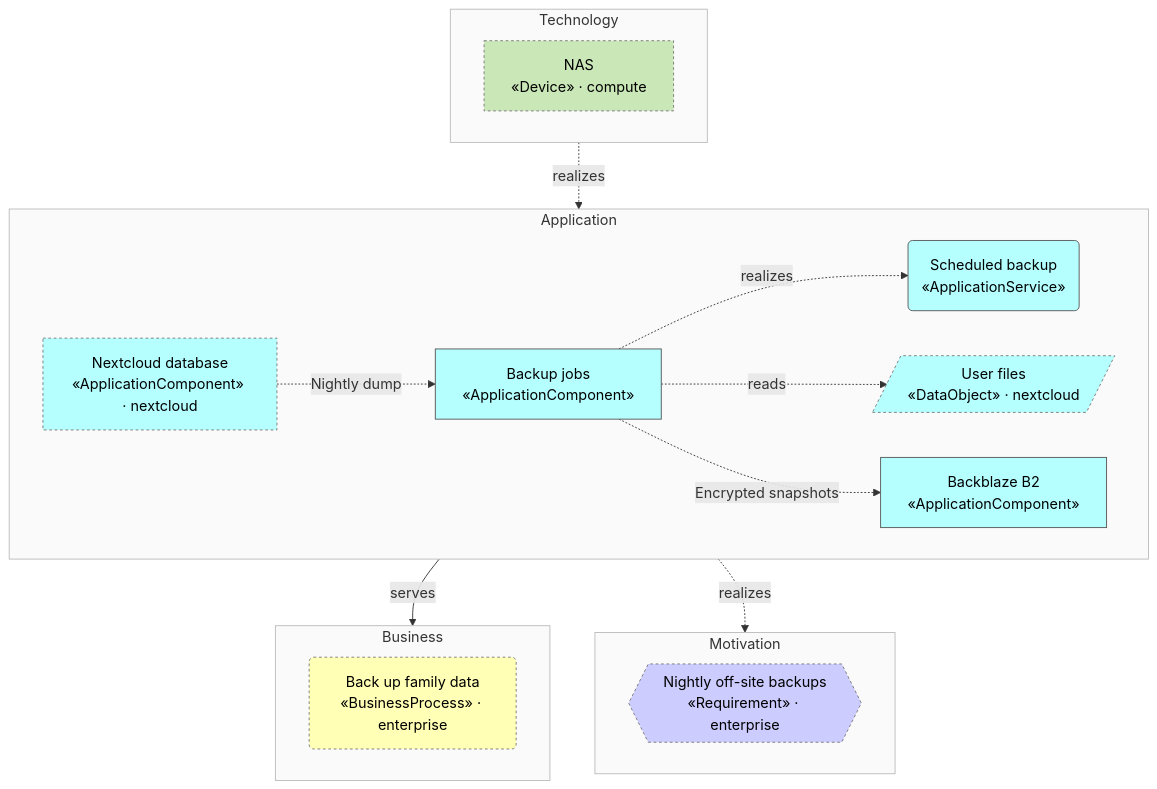
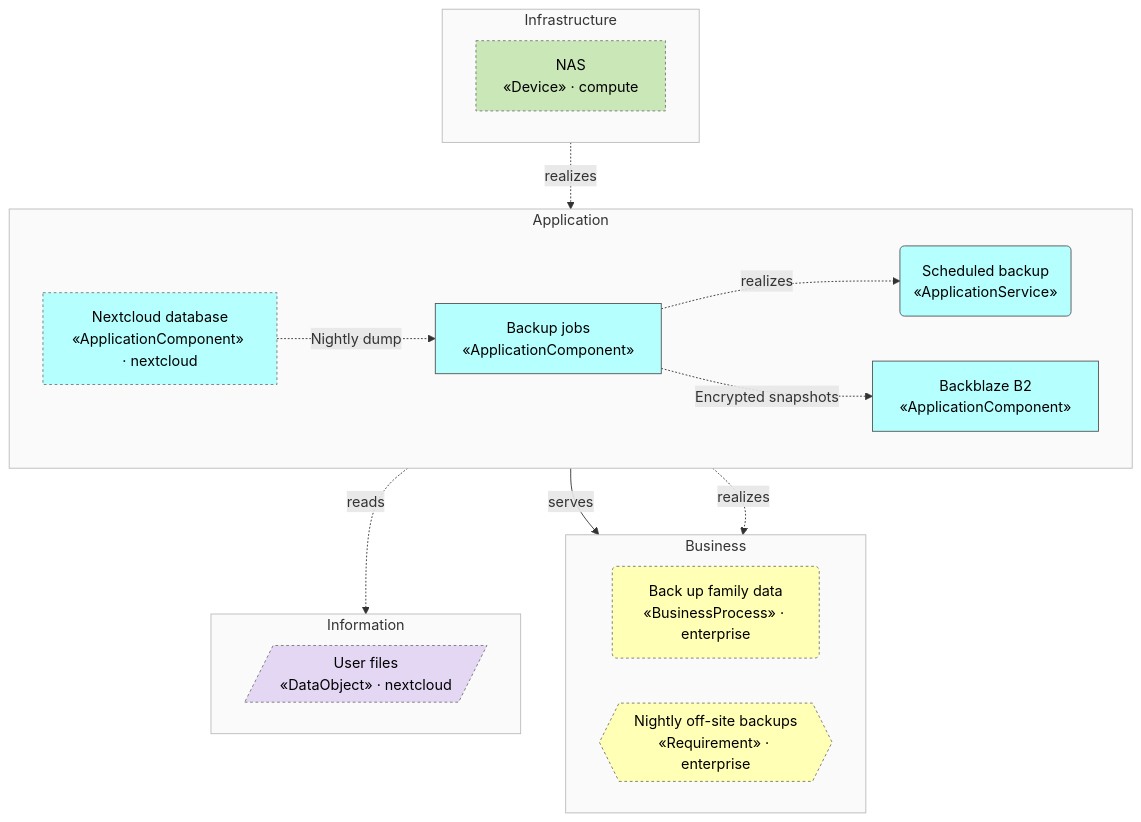
Before and after one commit to b-zig/a4m: the second of 3 diagrams in docs/backup/view-overview.md, drawn with Mermaid. The commit also changed other lines of this file and 83 other files, not shown here.

````diff
--- a/docs/backup/view-overview.md
+++ b/docs/backup/view-overview.md
@@ -65,44 +65,44 @@
 ```mermaid
 flowchart TB
-  subgraph layer_motivation["Motivation"]
-    direction LR
-    enterprise__mot_req_backup{{"Nightly off-site backups<br/>«Requirement» · enterprise"}}
-  end
   subgraph layer_business["Business"]
     direction LR
     enterprise__bus_proc_backup("Back up family data<br/>«BusinessProcess» · enterprise")
+    enterprise__bus_req_backup{{"Nightly off-site backups<br/>«Requirement» · enterprise"}}
+  end
+  subgraph layer_information["Information"]
+    direction LR
+    nextcloud__data_files[/"User files<br/>«DataObject» · nextcloud"/]
   end
   subgraph layer_application["Application"]
     direction LR
     app_backup["Backup jobs<br/>«ApplicationComponent»"]
     app_svc_backup("Scheduled backup<br/>«ApplicationService»")
     app_offsite_b2["Backblaze B2<br/>«ApplicationComponent»"]
-    nextcloud__app_data_files[/"User files<br/>«DataObject» · nextcloud"/]
     nextcloud__app_nextcloud_db["Nextcloud database<br/>«ApplicationComponent» · nextcloud"]
   end
-  subgraph layer_technology["Technology"]
+  subgraph layer_infrastructure["Infrastructure"]
     direction LR
-    compute__tech_nas["NAS<br/>«Device» · compute"]
+    compute__infra_nas["NAS<br/>«Device» · compute"]
   end
   app_backup -.->|"realizes"| app_svc_backup
   app_svc_backup -->|"serves"| enterprise__bus_proc_backup
-  app_backup -.->|"realizes"| enterprise__mot_req_backup
-  compute__tech_nas -.->|"realizes"| app_backup
-  app_backup -.->|"reads"| nextcloud__app_data_files
+  app_backup -.->|"realizes"| enterprise__bus_req_backup
+  compute__infra_nas -.->|"realizes"| app_backup
+  app_backup -.->|"reads"| nextcloud__data_files
   nextcloud__app_nextcloud_db -.->|"Nightly dump"| app_backup
   app_backup -.->|"Encrypted snapshots"| app_offsite_b2
-  classDef motivation fill:#CCCCFF,stroke:#555,color:#000
-  class enterprise__mot_req_backup motivation
-  style layer_motivation fill:#fafafa,stroke:#bbb
   classDef business fill:#FFFFB5,stroke:#555,color:#000
-  class enterprise__bus_proc_backup business
+  class enterprise__bus_proc_backup,enterprise__bus_req_backup business
   style layer_business fill:#fafafa,stroke:#bbb
+  classDef information fill:#E3D7F4,stroke:#555,color:#000
+  class nextcloud__data_files information
+  style layer_information fill:#fafafa,stroke:#bbb
   classDef application fill:#B5FFFF,stroke:#555,color:#000
-  class app_backup,app_svc_backup,app_offsite_b2,nextcloud__app_data_files,nextcloud__app_nextcloud_db application
+  class app_backup,app_svc_backup,app_offsite_b2,nextcloud__app_nextcloud_db application
   style layer_application fill:#fafafa,stroke:#bbb
-  classDef technology fill:#C9E7B7,stroke:#555,color:#000
-  class compute__tech_nas technology
-  style layer_technology fill:#fafafa,stroke:#bbb
+  classDef infrastructure fill:#C9E7B7,stroke:#555,color:#000
+  class compute__infra_nas infrastructure
+  style layer_infrastructure fill:#fafafa,stroke:#bbb
   classDef foreign stroke:#777,stroke-dasharray:3 3
-  class compute__tech_nas,enterprise__bus_proc_backup,enterprise__mot_req_backup,nextcloud__app_data_files,nextcloud__app_nextcloud_db foreign
+  class compute__infra_nas,enterprise__bus_proc_backup,enterprise__bus_req_backup,nextcloud__app_nextcloud_db,nextcloud__data_files foreign
 ```
````
